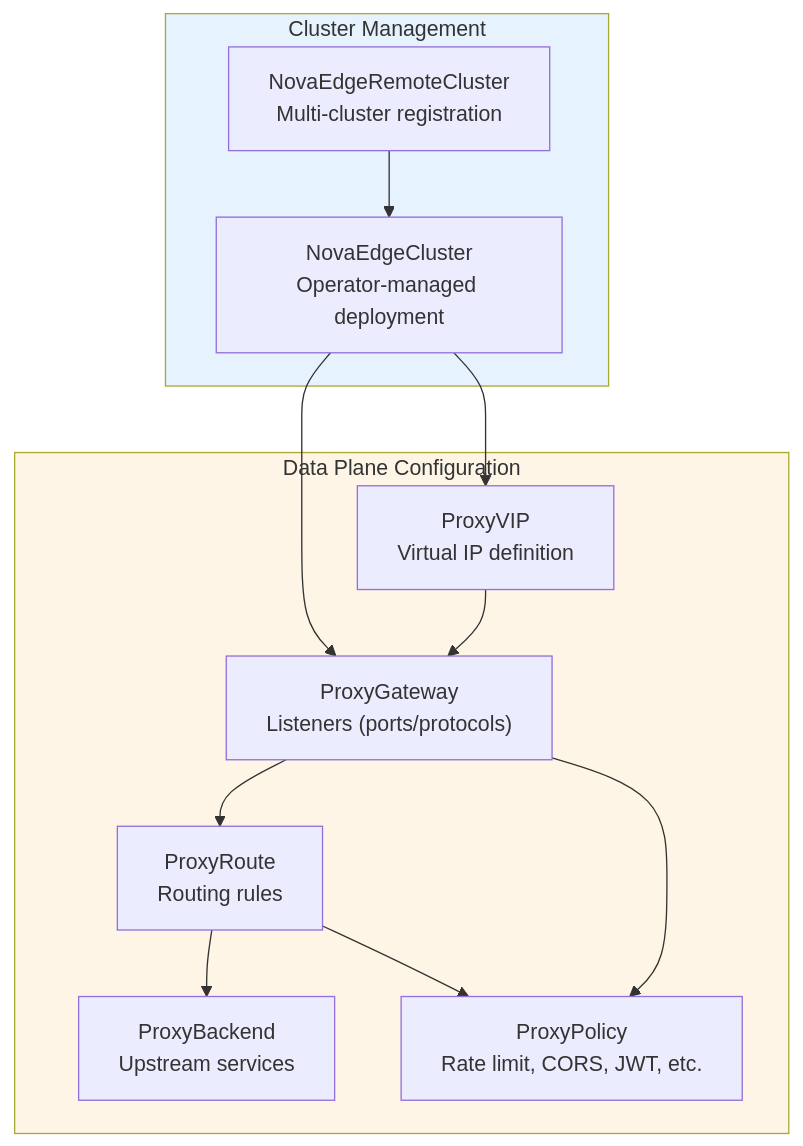
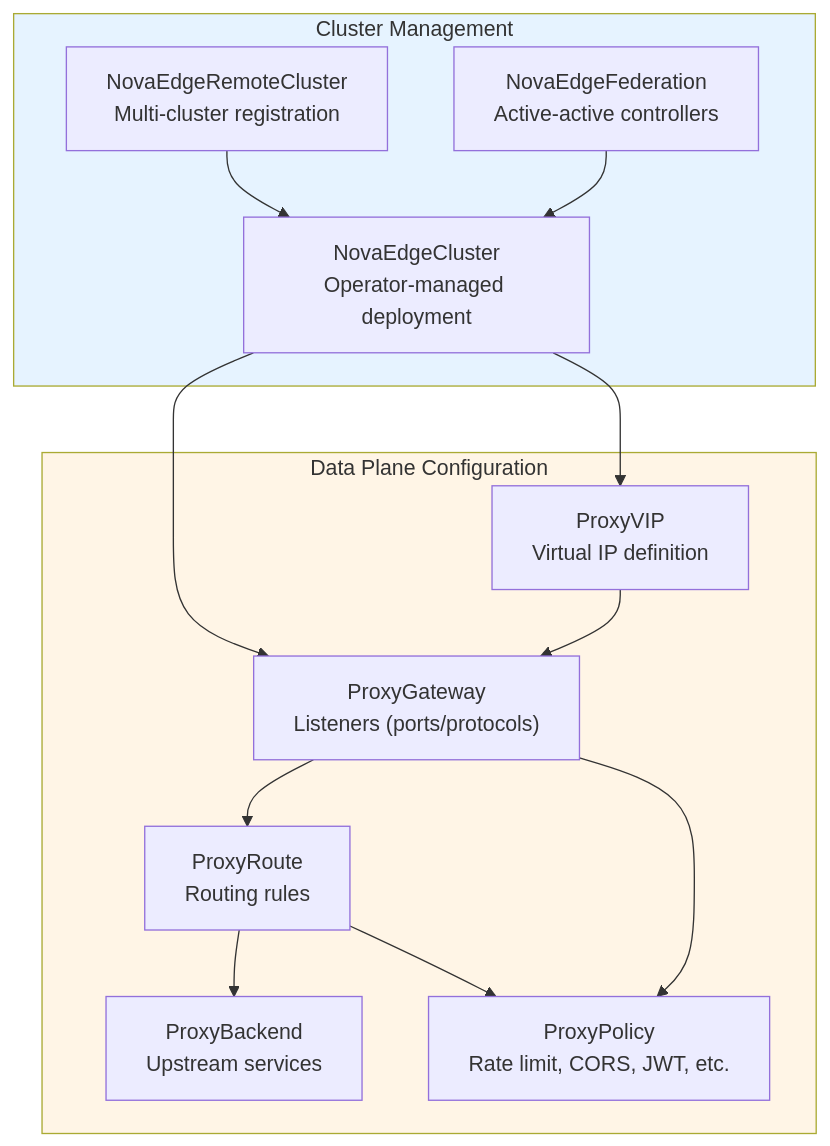
One commit to azrtydxb/novaedge changed the first of 5 diagrams in docs/reference/crd-reference.md. Above: the diagram before and after it, drawn with Mermaid. The commit also changed other lines of this file and 1 other file, not shown here.

First line of the commit message:
[Docs] Add federation and split-brain config to reference documentation

````diff
--- a/docs/reference/crd-reference.md
+++ b/docs/reference/crd-reference.md
@@ -7,28 +7,30 @@
 ```mermaid
 flowchart TB
     subgraph Cluster["Cluster Management"]
         NEC["NovaEdgeCluster<br/>Operator-managed deployment"]
         NERC["NovaEdgeRemoteCluster<br/>Multi-cluster registration"]
+        FED["NovaEdgeFederation<br/>Active-active controllers"]
     end
 
     subgraph DataPlane["Data Plane Configuration"]
         VIP["ProxyVIP<br/>Virtual IP definition"]
         GW["ProxyGateway<br/>Listeners (ports/protocols)"]
         RT["ProxyRoute<br/>Routing rules"]
         BE["ProxyBackend<br/>Upstream services"]
         POL["ProxyPolicy<br/>Rate limit, CORS, JWT, etc."]
     end
 
     NEC --> GW
     NEC --> VIP
     NERC --> NEC
+    FED --> NEC
 
     VIP --> GW
     GW --> RT
     RT --> BE
     RT --> POL
     GW --> POL
 
     style Cluster fill:#e6f3ff
     style DataPlane fill:#fff5e6
 ```
````
